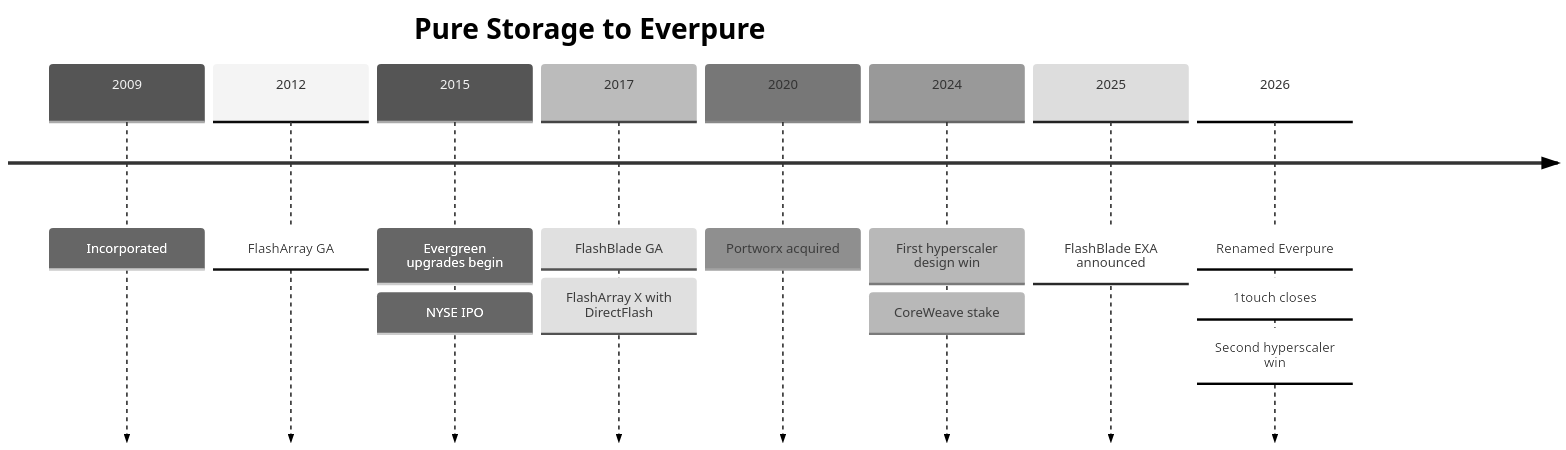
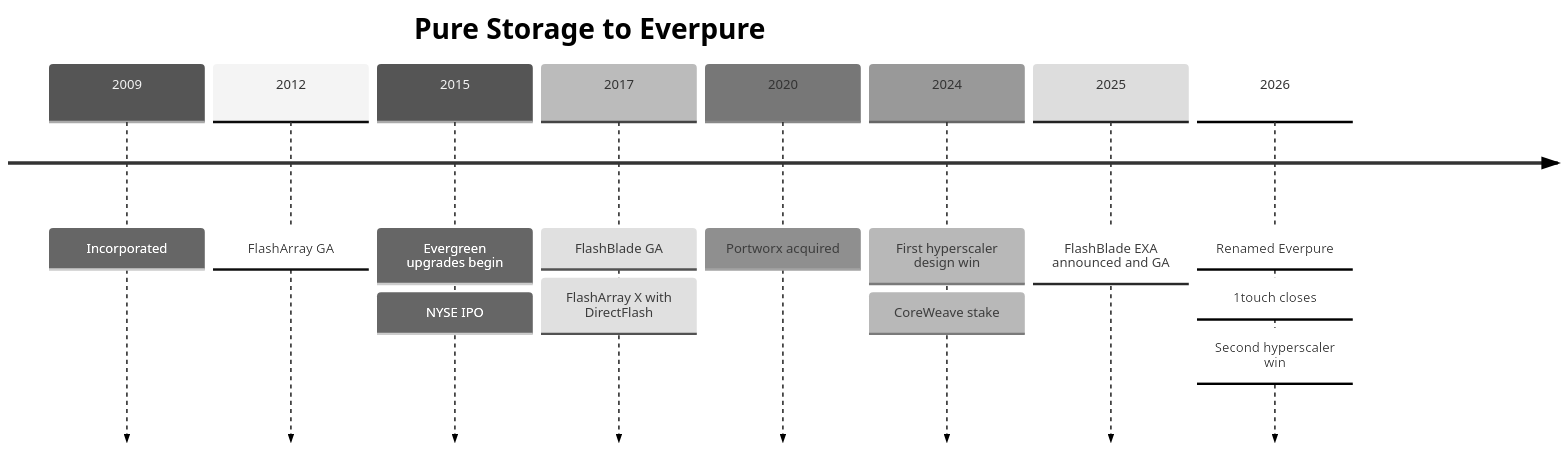
The second of 7 diagrams in docs/00-start-here/00b-one-page-map.md (FrankHuang94/storage-_db_claude), drawn with Mermaid (neutral theme) before and after one commit. The commit also changed other lines of this file and 55 other files, not shown here.

````diff
--- a/docs/00-start-here/00b-one-page-map.md
+++ b/docs/00-start-here/00b-one-page-map.md
@@ -74,12 +74,12 @@
 ```mermaid
 timeline
     title Pure Storage to Everpure
     2009 : Incorporated
     2012 : FlashArray GA
     2015 : Evergreen upgrades begin : NYSE IPO
     2017 : FlashBlade GA : FlashArray X with DirectFlash
     2020 : Portworx acquired
     2024 : First hyperscaler design win : CoreWeave stake
-    2025 : FlashBlade EXA announced
+    2025 : FlashBlade EXA announced and GA
     2026 : Renamed Everpure : 1touch closes : Second hyperscaler win
 ```
````
